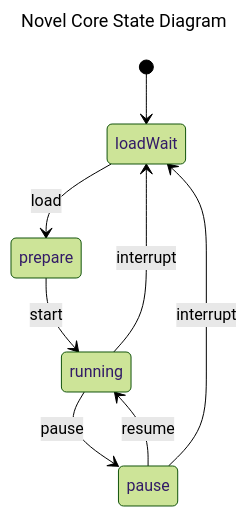
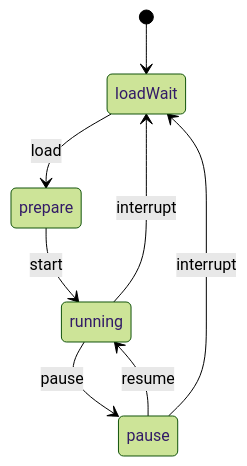
Before and after one commit to mui-z/EffectiveNovelCore: the diagram in README.md, drawn with Mermaid (forest theme).

````diff
--- a/README.md
+++ b/README.md
@@ -24,13 +24,10 @@
 ```mermaid
----
-title: Novel Core State Diagram
----
 stateDiagram-v2
     [*] --> loadWait
     loadWait --> prepare: load
     prepare --> running: start
     running --> pause: pause
     pause --> running: resume
     running --> loadWait: interrupt
     pause --> loadWait: interrupt
 ```
````
